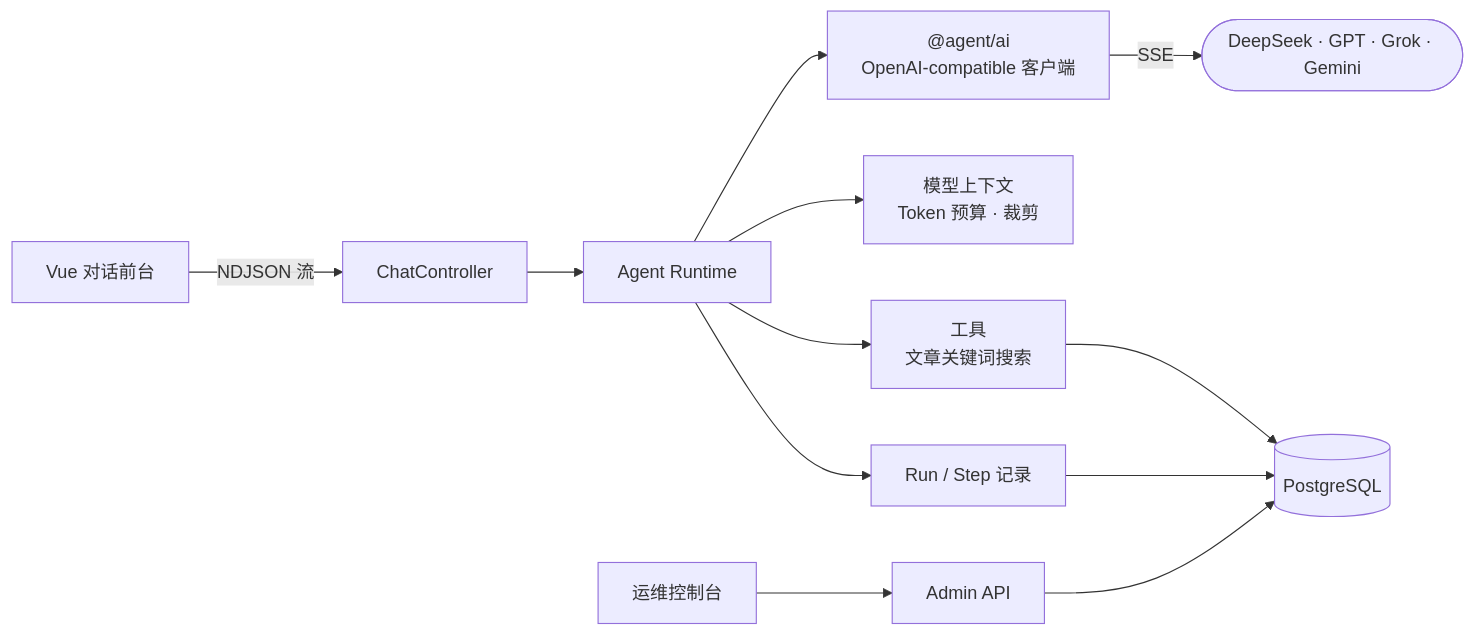
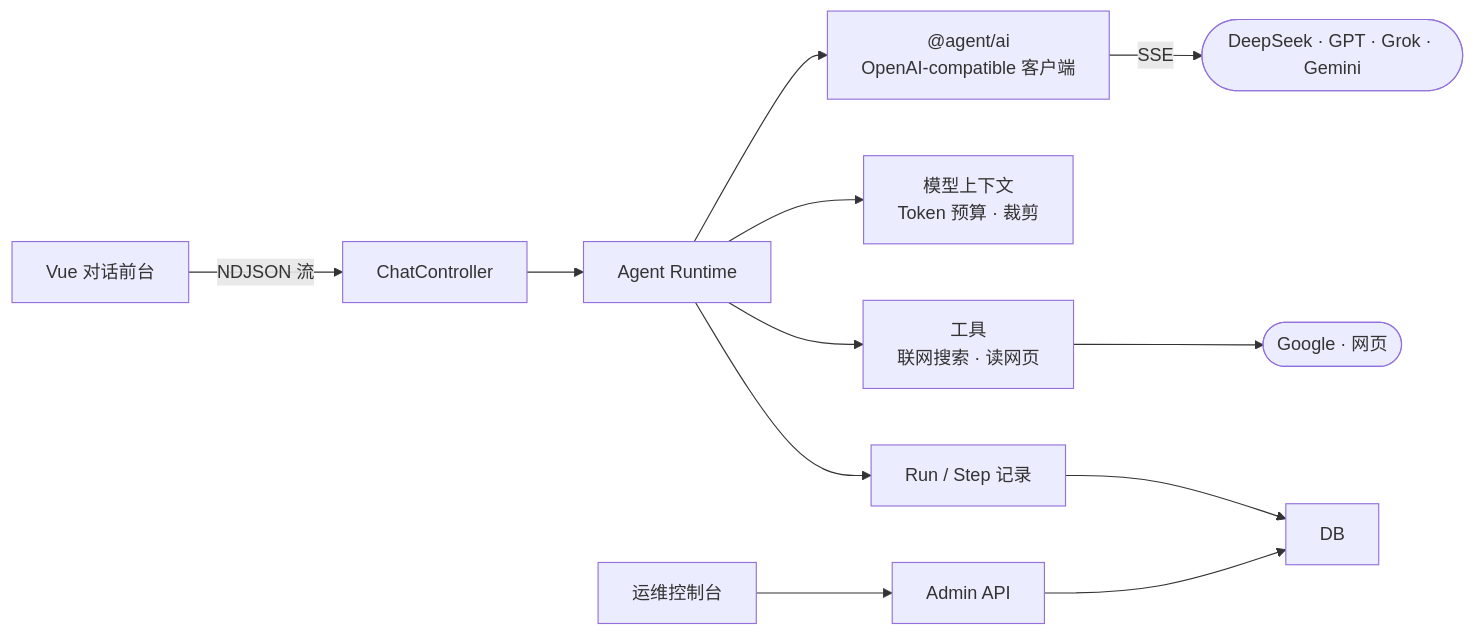
The diagram in README.zh-CN.md (mufeiyu-ayu/agent), drawn with Mermaid before and after one commit. The commit also changed 18 other files, not shown here.

````diff
--- a/README.zh-CN.md
+++ b/README.zh-CN.md
@@ -93,12 +93,12 @@
 ```mermaid
 flowchart LR
     Web[Vue 对话前台] -->|NDJSON 流| API[ChatController]
     Admin[运维控制台] --> AdminAPI[Admin API]
     API --> Runtime[Agent Runtime]
     Runtime --> Context[模型上下文<br/>Token 预算 · 裁剪]
     Runtime --> LLM["@agent/ai<br/>OpenAI-compatible 客户端"]
     LLM -->|SSE| Providers([DeepSeek · GPT · Grok · Gemini])
-    Runtime --> Tools[工具<br/>文章关键词搜索] --> DB[(PostgreSQL)]
+    Runtime --> Tools[工具<br/>联网搜索 · 读网页] --> Internet([Google · 网页])
     Runtime --> Recorder[Run / Step 记录] --> DB
     AdminAPI --> DB
 ```
````
